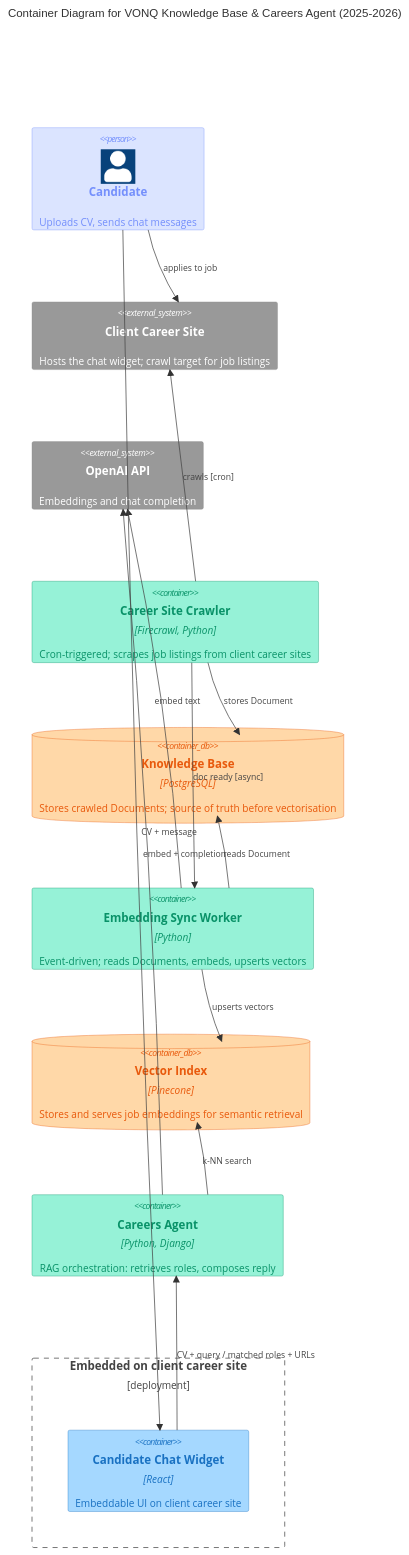
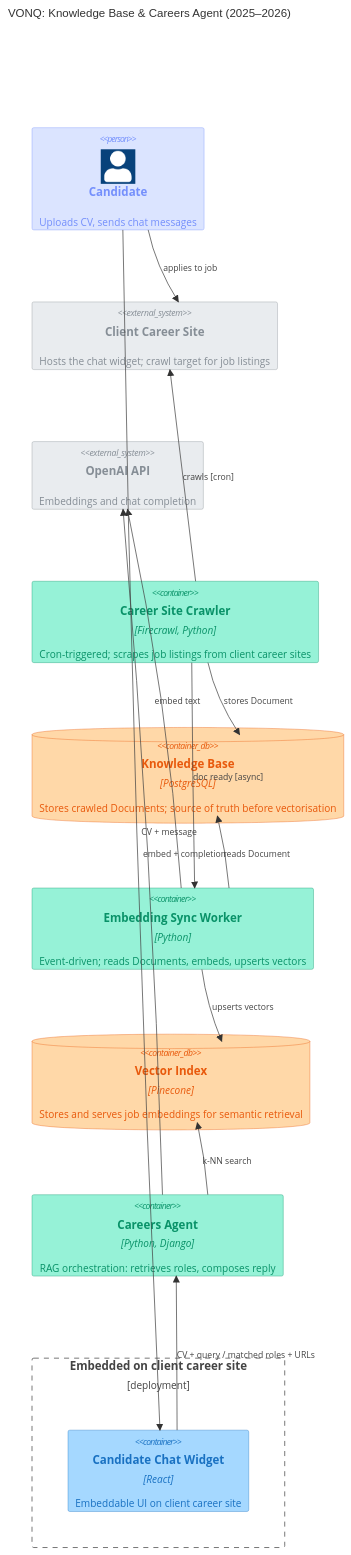
Before and after one commit to cmin764/portfolio: the diagram in src/diagrams/vonq-knowledge-base.md, drawn with Mermaid. The commit also changed other lines of this file and 7 other files, not shown here.

Commit message:
Standardize diagram titles, add missing gray overrides, fix Rel_* in knowledge-base

````diff
--- a/src/diagrams/vonq-knowledge-base.md
+++ b/src/diagrams/vonq-knowledge-base.md
@@ -31,41 +30,43 @@
 ```mermaid
 C4Container
-  title Container Diagram for VONQ Knowledge Base & Careers Agent (2025-2026)
+  title VONQ: Knowledge Base & Careers Agent (2025–2026)
 
   UpdateLayoutConfig($c4ShapeInRow="3", $c4BoundaryInRow="1")
 
   Person(candidate, "Candidate", "Uploads CV, sends chat messages")
 
   System_Ext(clientSite, "Client Career Site", "Hosts the chat widget; crawl target for job listings")
   System_Ext(openai, "OpenAI API", "Embeddings and chat completion")
 
   Container(crawler, "Career Site Crawler", "Firecrawl, Python", "Cron-triggered; scrapes job listings from client career sites")
   ContainerDb(kb, "Knowledge Base", "PostgreSQL", "Stores crawled Documents; source of truth before vectorisation")
   Container(syncer, "Embedding Sync Worker", "Python", "Event-driven; reads Documents, embeds, upserts vectors")
   ContainerDb(pinecone, "Vector Index", "Pinecone", "Stores and serves job embeddings for semantic retrieval")
   Container(agent, "Careers Agent", "Python, Django", "RAG orchestration: retrieves roles, composes reply")
   Boundary(clientEmbed, "Embedded on client career site", "deployment") {
     Container(widget, "Candidate Chat Widget", "React", "Embeddable UI on client career site")
   }
 
-  Rel_U(crawler, clientSite, "crawls [cron]")
-  Rel_R(crawler, kb, "stores Document")
-  Rel_R(crawler, syncer, "doc ready [async]")
-  Rel_L(syncer, kb, "reads Document")
-  Rel_R(syncer, openai, "embed text")
-  Rel_D(syncer, pinecone, "upserts vectors")
+  Rel(crawler, clientSite, "crawls [cron]")
+  Rel(crawler, kb, "stores Document")
+  Rel(crawler, syncer, "doc ready [async]")
+  Rel(syncer, kb, "reads Document")
+  Rel(syncer, openai, "embed text")
+  Rel(syncer, pinecone, "upserts vectors")
 
-  Rel_L(candidate, widget, "CV + message")
-  Rel_U(widget, agent, "CV + query / matched roles + URLs")
-  Rel_U(agent, openai, "embed + completion")
-  Rel_L(agent, pinecone, "k-NN search")
-  Rel_U(candidate, clientSite, "applies to job")
+  Rel(candidate, widget, "CV + message")
+  Rel(widget, agent, "CV + query / matched roles + URLs")
+  Rel(agent, openai, "embed + completion")
+  Rel(agent, pinecone, "k-NN search")
+  Rel(candidate, clientSite, "applies to job")
 
   UpdateElementStyle(candidate, $fontColor="#748ffc", $bgColor="#dbe4ff", $borderColor="#748ffc")
   UpdateElementStyle(widget, $fontColor="#1971c2", $bgColor="#a5d8ff", $borderColor="#1971c2")
   UpdateElementStyle(crawler, $fontColor="#099268", $bgColor="#96f2d7", $borderColor="#099268")
   UpdateElementStyle(syncer, $fontColor="#099268", $bgColor="#96f2d7", $borderColor="#099268")
   UpdateElementStyle(agent, $fontColor="#099268", $bgColor="#96f2d7", $borderColor="#099268")
   UpdateElementStyle(kb, $fontColor="#e8590c", $bgColor="#ffd8a8", $borderColor="#e8590c")
   UpdateElementStyle(pinecone, $fontColor="#e8590c", $bgColor="#ffd8a8", $borderColor="#e8590c")
+  UpdateElementStyle(clientSite, $bgColor="#e9ecef", $borderColor="#868e96", $fontColor="#868e96")
+  UpdateElementStyle(openai, $bgColor="#e9ecef", $borderColor="#868e96", $fontColor="#868e96")
 ```
````
